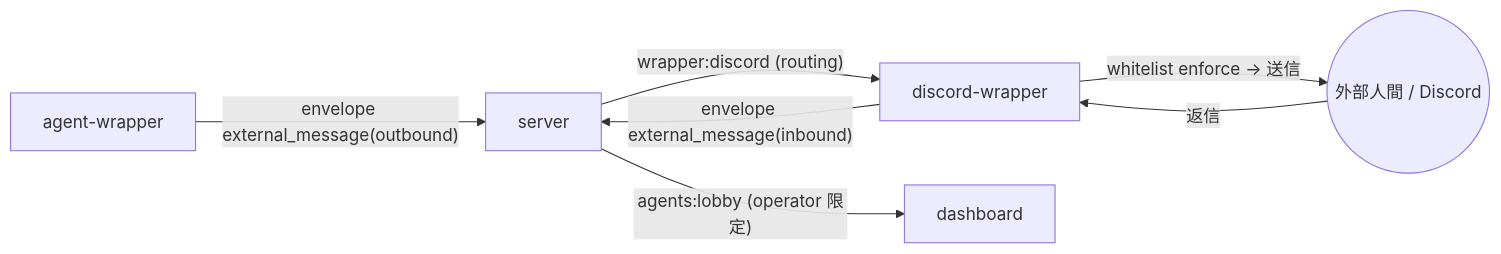
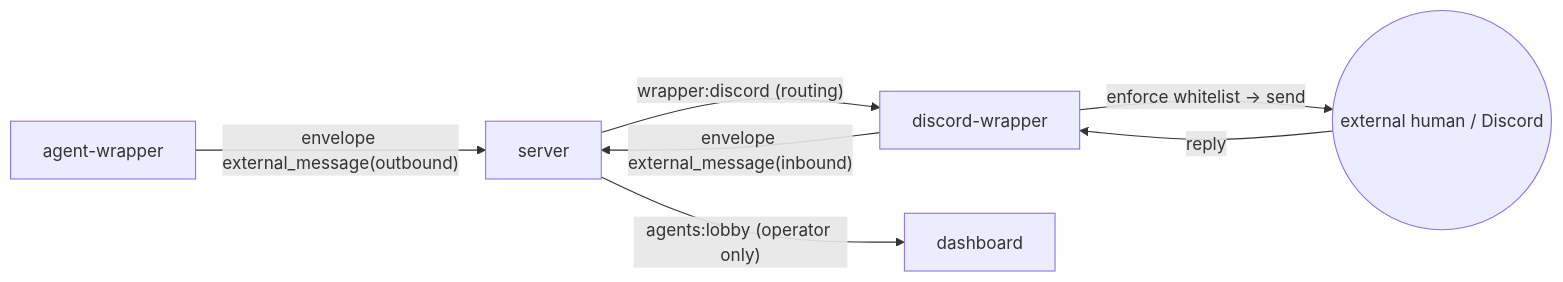
One commit to sakuraiyuta/kaoiro changed the diagram in docs/specs/protocol-external-human.md. Above: the diagram before and after it, drawn with Mermaid. The commit also changed other lines of this file and 4 other files, not shown here.

````diff
--- a/docs/specs/protocol-external-human.md
+++ b/docs/specs/protocol-external-human.md
@@ -42,9 +45,9 @@
 ```mermaid
 flowchart LR
   AW[agent-wrapper] -->|"envelope external_message(outbound)"| S[server]
   S -->|"wrapper:discord (routing)"| DW[discord-wrapper]
-  DW -->|"whitelist enforce → 送信"| U((外部人間 / Discord))
-  U -->|"返信"| DW
+  DW -->|"enforce whitelist → send"| U((external human / Discord))
+  U -->|"reply"| DW
   DW -->|"envelope external_message(inbound)"| S
-  S -->|"agents:lobby (operator 限定)"| D[dashboard]
+  S -->|"agents:lobby (operator only)"| D[dashboard]
 ```
````
